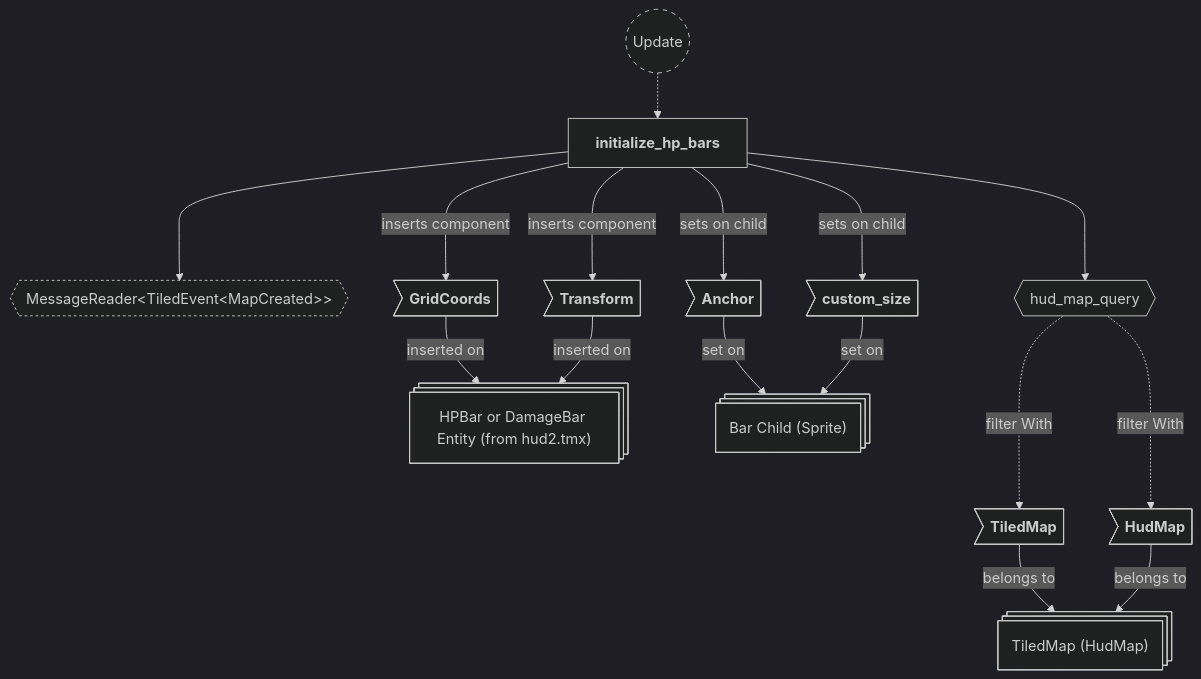
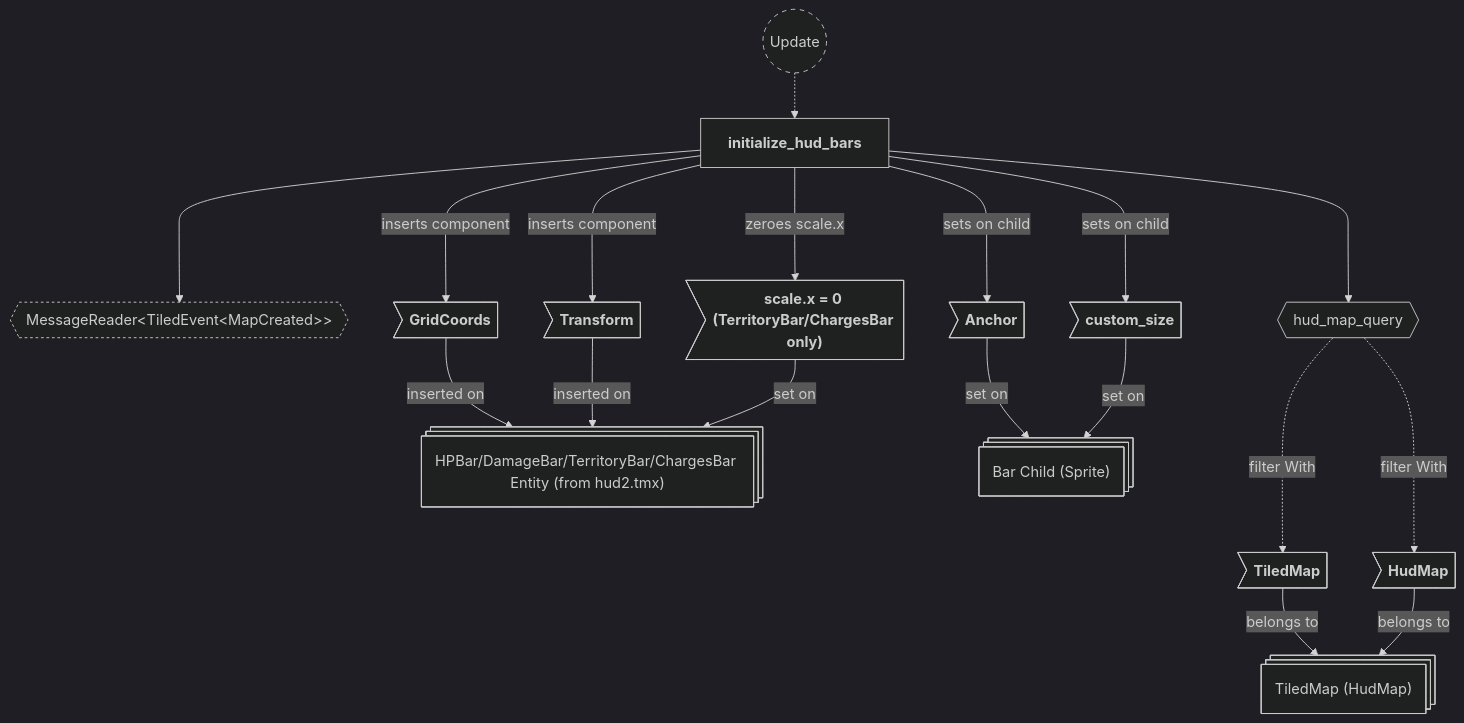
Before and after one commit to neurosoup/tyled: diagram 11 of 11 in backlog/docs/doc-3 - 001-Maps-plugin.md, drawn with Mermaid. The commit also changed other lines of this file and 4 other files, not shown here.

````diff
--- a/backlog/docs/doc-3 - 001-Maps-plugin.md
+++ b/backlog/docs/doc-3 - 001-Maps-plugin.md
@@ -467,45 +464,48 @@
 ```mermaid
 ---
 config:
   theme: dark
 ---
 
 flowchart TD
 classDef system-group stroke-dasharray: 5 5
 classDef reader stroke-dasharray: 3 3
 
 update(("`Update`")):::system-group
-initialize_hp_bars["`**initialize_hp_bars**`"]
+initialize_hud_bars["`**initialize_hud_bars**`"]
 
-update -.-> initialize_hp_bars
+update -.-> initialize_hud_bars
 
 message_reader{{"MessageReader#60;TiledEvent#60;MapCreated#62;#62;"}}:::reader
-initialize_hp_bars ---> message_reader
+initialize_hud_bars ---> message_reader
 
 hud_map_query{{"`hud_map_query`"}}:::query
-initialize_hp_bars ---> hud_map_query
+initialize_hud_bars ---> hud_map_query
 
 hud_map_entity@{ shape: st-rect, label: "TiledMap (HudMap)" }
 hm_tiled_map>"`**TiledMap**`"] --> |belongs to| hud_map_entity
 hm_hud_map>"`**HudMap**`"] --> |belongs to| hud_map_entity
 hud_map_query -..-> |filter With| hm_tiled_map
 hud_map_query -..-> |filter With| hm_hud_map
 
-hp_bar_entity@{ shape: st-rect, label: "HPBar or DamageBar Entity (from hud2.tmx)" }
+hp_bar_entity@{ shape: st-rect, label: "HPBar/DamageBar/TerritoryBar/ChargesBar Entity (from hud2.tmx)" }
 hp_bar_child@{ shape: st-rect, label: "Bar Child (Sprite)" }
 
 hb_grid_coords>"`**GridCoords**`"]
 hb_transform>"`**Transform**`"]
+hb_scale_zero>"`**scale.x = 0 (TerritoryBar/ChargesBar only)**`"]
 hbc_anchor>"`**Anchor**`"]
 hbc_custom_size>"`**custom_size**`"]
 
 hb_grid_coords --> |inserted on| hp_bar_entity
 hb_transform --> |inserted on| hp_bar_entity
+hb_scale_zero --> |set on| hp_bar_entity
 hbc_anchor --> |set on| hp_bar_child
 hbc_custom_size --> |set on| hp_bar_child
 
-initialize_hp_bars ---> |inserts component| hb_grid_coords
-initialize_hp_bars ---> |inserts component| hb_transform
-initialize_hp_bars ---> |sets on child| hbc_anchor
-initialize_hp_bars ---> |sets on child| hbc_custom_size
+initialize_hud_bars ---> |inserts component| hb_grid_coords
+initialize_hud_bars ---> |inserts component| hb_transform
+initialize_hud_bars ---> |zeroes scale.x| hb_scale_zero
+initialize_hud_bars ---> |sets on child| hbc_anchor
+initialize_hud_bars ---> |sets on child| hbc_custom_size
 ```
````
